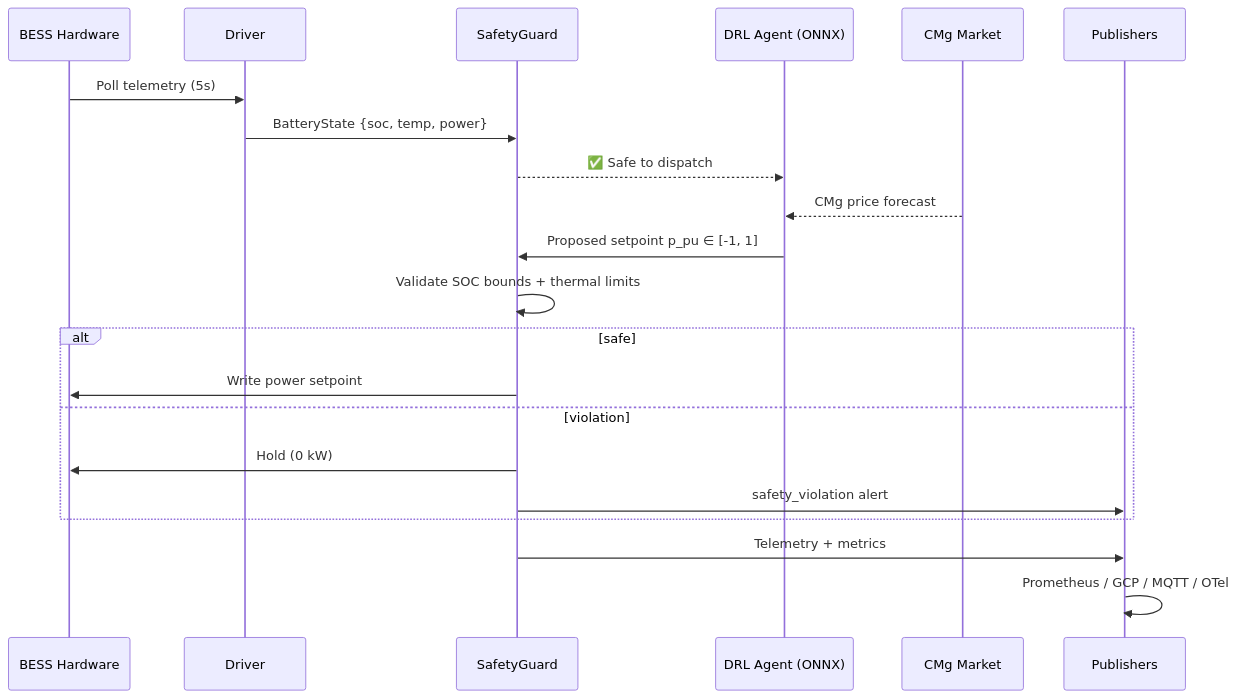
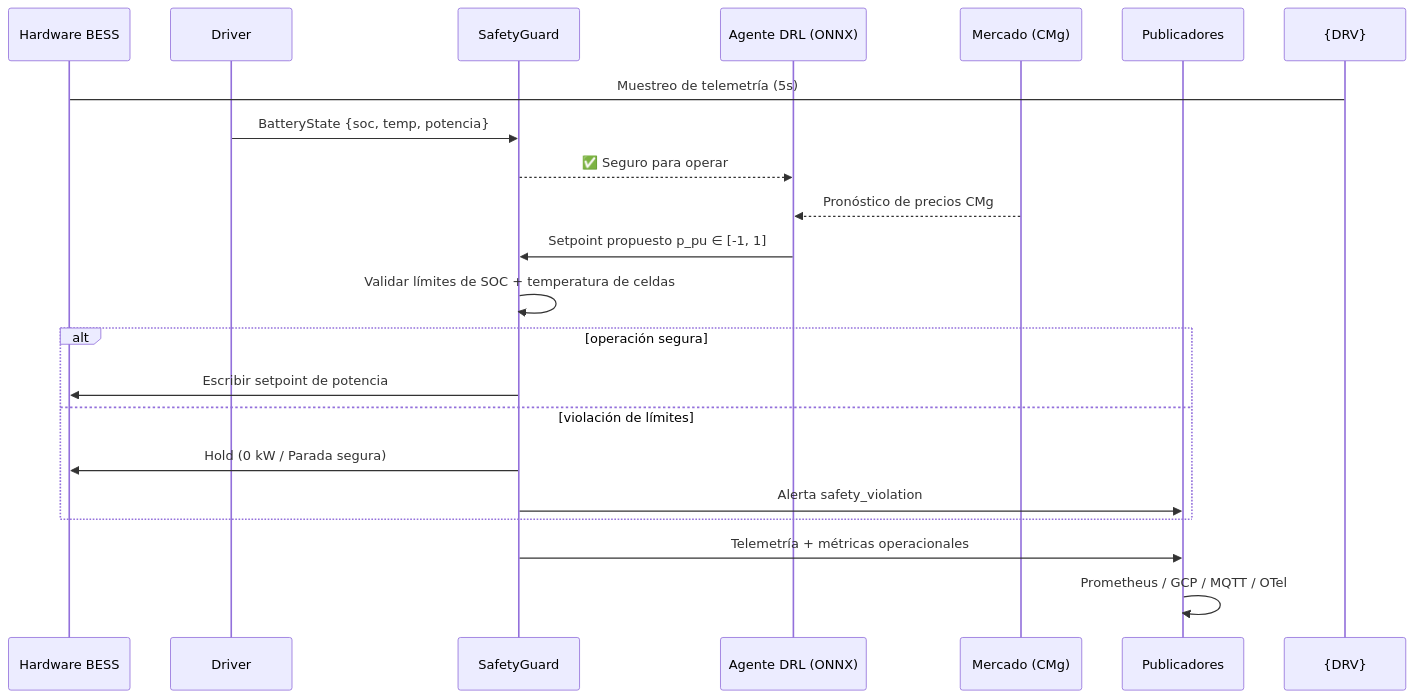
One commit to bess-solutions/open-bess-edge changed the second of 3 diagrams in README.md. Above: the diagram before and after it, drawn with Mermaid. The commit also changed other lines of this file and 38 other files, not shown here.

````diff
--- a/README.md
+++ b/README.md
@@ -110,24 +104,24 @@
 ```mermaid
 sequenceDiagram
-    participant HW as BESS Hardware
+    participant HW as Hardware BESS
     participant DRV as Driver
     participant SG as SafetyGuard
-    participant DRL as DRL Agent (ONNX)
-    participant MKT as CMg Market
-    participant PUB as Publishers
+    participant DRL as Agente DRL (ONNX)
+    participant MKT as Mercado (CMg)
+    participant PUB as Publicadores
 
-    HW->>DRV: Poll telemetry (5s)
-    DRV->>SG: BatteryState {soc, temp, power}
-    SG-->>DRL: ✅ Safe to dispatch
-    MKT-->>DRL: CMg price forecast
-    DRL->>SG: Proposed setpoint p_pu ∈ [-1, 1]
-    SG->>SG: Validate SOC bounds + thermal limits
-    alt safe
-        SG->>HW: Write power setpoint
-    else violation
-        SG->>HW: Hold (0 kW)
-        SG->>PUB: safety_violation alert
+    HW->{DRV}: Muestreo de telemetría (5s)
+    DRV->>SG: BatteryState {soc, temp, potencia}
+    SG-->>DRL: ✅ Seguro para operar
+    MKT-->>DRL: Pronóstico de precios CMg
+    DRL->>SG: Setpoint propuesto p_pu ∈ [-1, 1]
+    SG->>SG: Validar límites de SOC + temperatura de celdas
+    alt operación segura
+        SG->>HW: Escribir setpoint de potencia
+    else violación de límites
+        SG->>HW: Hold (0 kW / Parada segura)
+        SG->>PUB: Alerta safety_violation
     end
-    SG->>PUB: Telemetry + metrics
+    SG->>PUB: Telemetría + métricas operacionales
     PUB->>PUB: Prometheus / GCP / MQTT / OTel
 ```
````
